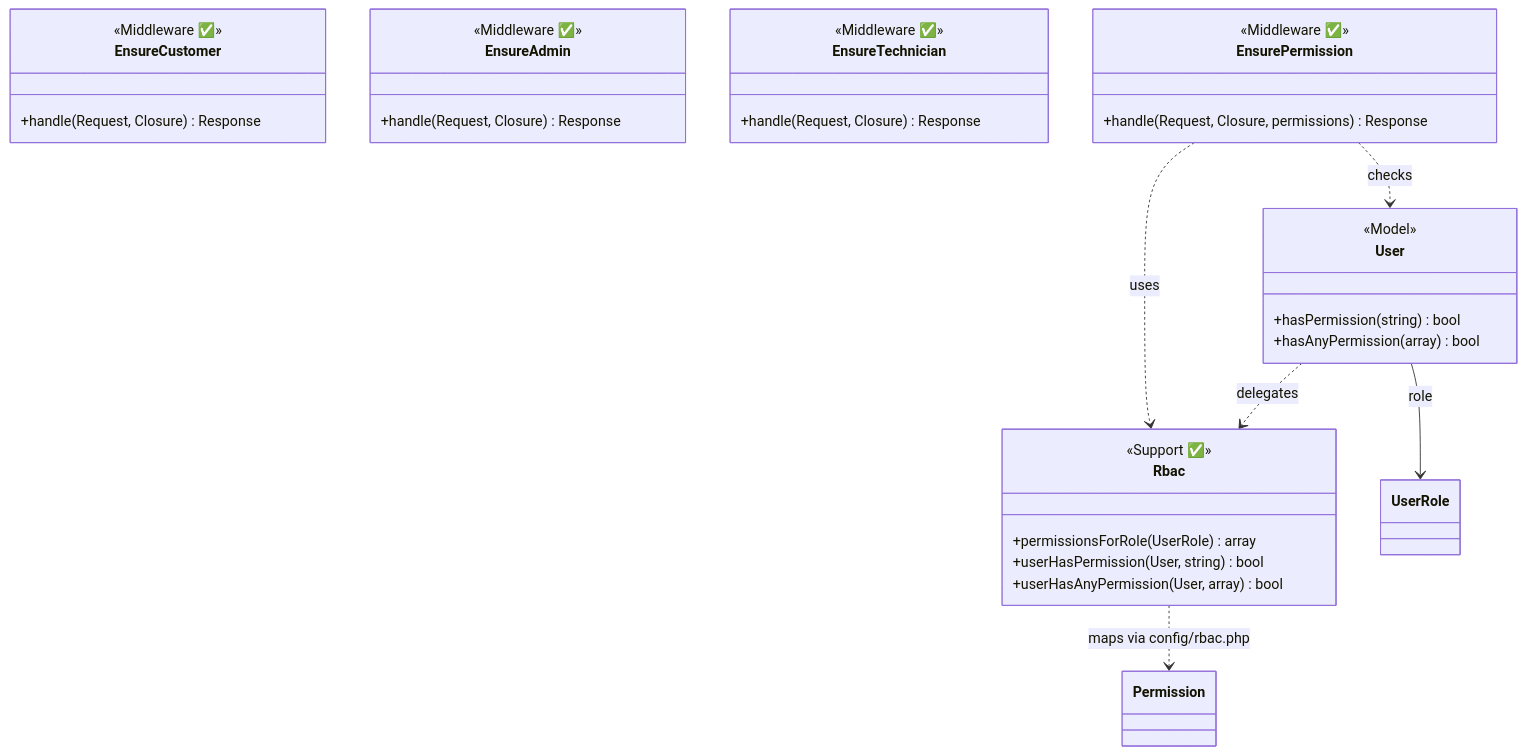
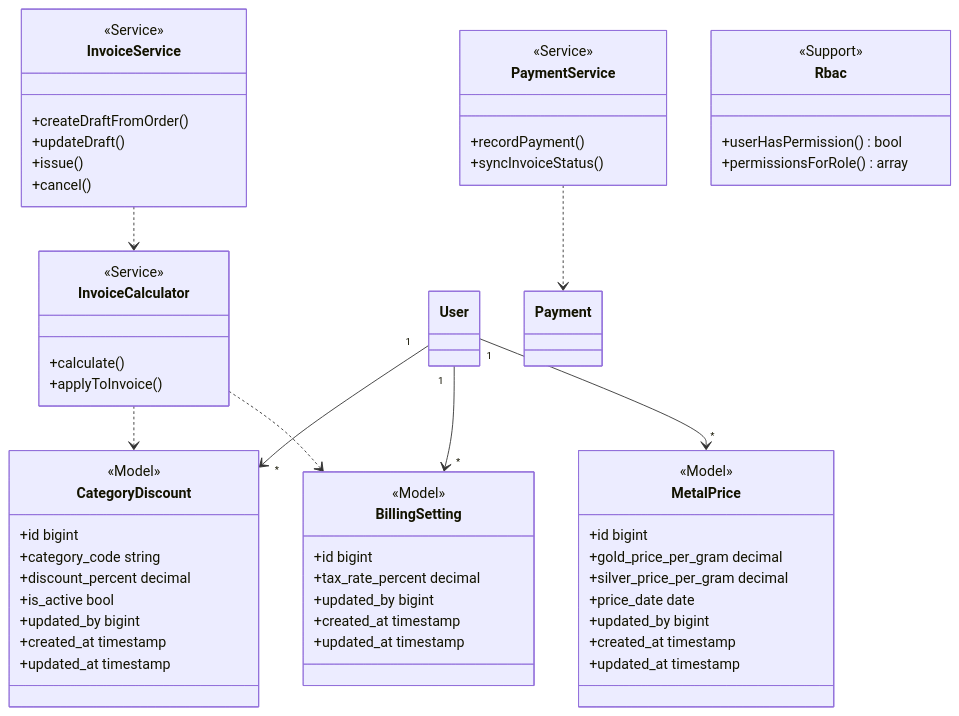
The fifth of 8 diagrams in docs/CLASS_DIAGRAM.md (dilshankum95/rajabharana-jewellery-management-system), drawn with Mermaid before and after one commit. The commit also changed other lines of this file and 112 other files, not shown here.

````diff
--- a/docs/CLASS_DIAGRAM.md
+++ b/docs/CLASS_DIAGRAM.md
@@ -331,43 +274,61 @@
 ```mermaid
 classDiagram
     direction TB
-
-    class EnsureCustomer {
-        <<Middleware ✅>>
-        +handle(Request, Closure) Response
+    class MetalPrice {
+        <<Model>>
+        +id bigint
+        +gold_price_per_gram decimal
+        +silver_price_per_gram decimal
+        +price_date date
+        +updated_by bigint
+        +created_at timestamp
+        +updated_at timestamp
     }
-
-    class EnsureAdmin {
-        <<Middleware ✅>>
-        +handle(Request, Closure) Response
+    class BillingSetting {
+        <<Model>>
+        +id bigint
+        +tax_rate_percent decimal
+        +updated_by bigint
+        +created_at timestamp
+        +updated_at timestamp
     }
-
-    class EnsureTechnician {
-        <<Middleware ✅>>
-        +handle(Request, Closure) Response
+    class CategoryDiscount {
+        <<Model>>
+        +id bigint
+        +category_code string
+        +discount_percent decimal
+        +is_active bool
+        +updated_by bigint
+        +created_at timestamp
+        +updated_at timestamp
     }
-
-    class EnsurePermission {
-        <<Middleware ✅>>
-        +handle(Request, Closure, permissions) Response
+    class InvoiceService {
+        <<Service>>
+        +createDraftFromOrder()
+        +updateDraft()
+        +issue()
+        +cancel()
     }
-
+    class InvoiceCalculator {
+        <<Service>>
+        +calculate()
+        +applyToInvoice()
+    }
+    class PaymentService {
+        <<Service>>
+        +recordPayment()
+        +syncInvoiceStatus()
+    }
     class Rbac {
-        <<Support ✅>>
-        +permissionsForRole(UserRole) array
-        +userHasPermission(User, string) bool
-        +userHasAnyPermission(User, array) bool
+        <<Support>>
+        +userHasPermission() bool
+        +permissionsForRole() array
     }
-
-    class User {
-        <<Model>>
-        +hasPermission(string) bool
-        +hasAnyPermission(array) bool
-    }
-
-    EnsurePermission ..> User : checks
-    EnsurePermission ..> Rbac : uses
-    User ..> Rbac : delegates
-    Rbac ..> Permission : maps via config/rbac.php
-    User --> UserRole : role
+    User "1" --> "*" MetalPrice
+    User "1" --> "*" BillingSetting
+    User "1" --> "*" CategoryDiscount
+    InvoiceService ..> InvoiceCalculator
+    InvoiceCalculator ..> BillingSetting
+    InvoiceCalculator ..> CategoryDiscount
+    PaymentService ..> Payment
 ```
````
